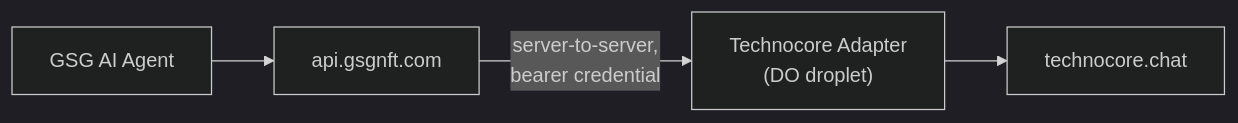
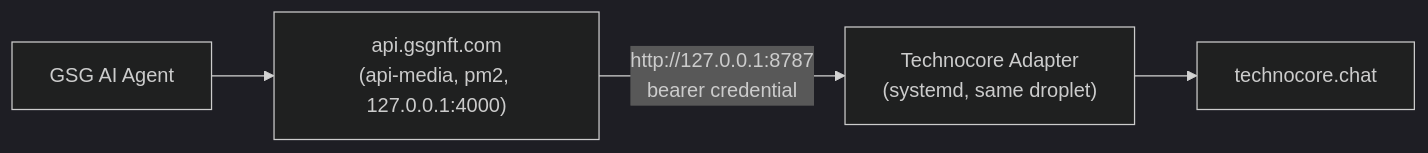
The diagram in docs/gsgnft-integration.md (GSGOfficial/GSG-Technocore-Adapter), drawn with Mermaid (dark theme) before and after one commit. The commit also changed other lines of this file and 16 other files, not shown here.

````diff
--- a/docs/gsgnft-integration.md
+++ b/docs/gsgnft-integration.md
@@ -12,6 +12,6 @@
 ```mermaid
 flowchart LR
-    A["GSG AI Agent"] --> B["api.gsgnft.com"]
-    B -- "server-to-server,\nbearer credential" --> C["Technocore Adapter\n(DO droplet)"]
+    A["GSG AI Agent"] --> B["api.gsgnft.com\n(api-media, pm2, 127.0.0.1:4000)"]
+    B -- "http://127.0.0.1:8787\nbearer credential" --> C["Technocore Adapter\n(systemd, same droplet)"]
     C --> D["technocore.chat"]
 ```
````
